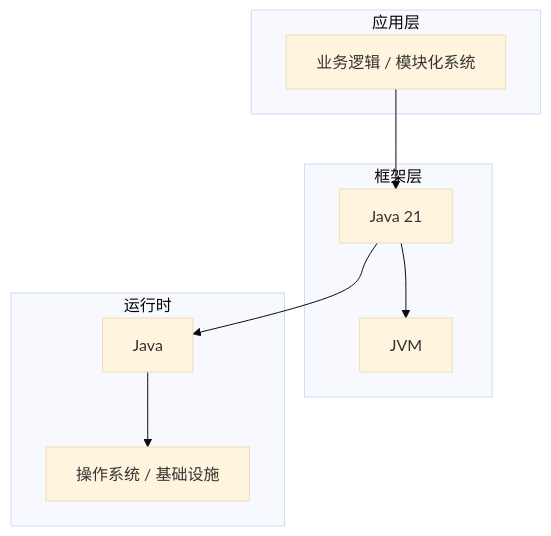
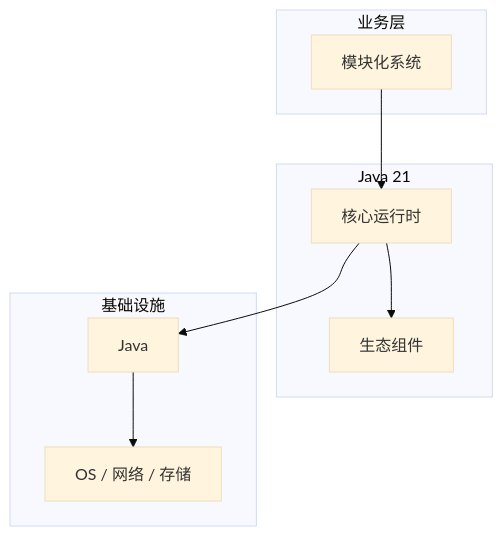
One commit to yanggan2015/knowledge-json-v2 changed the diagram in articles/Java核心/chapters/131-模块化系统核心概念与原理.md. Above: the diagram before and after it, drawn with Mermaid (base theme). The commit also changed other lines of this file and 10127 other files, not shown here.

````diff
--- a/articles/Java核心/chapters/131-模块化系统核心概念与原理.md
+++ b/articles/Java核心/chapters/131-模块化系统核心概念与原理.md
@@ -45,18 +34,18 @@
 ```mermaid
 graph TB
-    subgraph 应用层
-        A[业务逻辑 / 模块化系统]
+    subgraph 业务层
+        A[模块化系统]
     end
-    subgraph 框架层
-        B[Java 21]
-        C[JVM]
+    subgraph Java 21
+        B[核心运行时]
+        C[生态组件]
     end
-    subgraph 运行时
+    subgraph 基础设施
         D[Java]
-        E[操作系统 / 基础设施]
+        E[OS / 网络 / 存储]
     end
     A --> B
     B --> C
     B --> D
     D --> E
 ```
````
